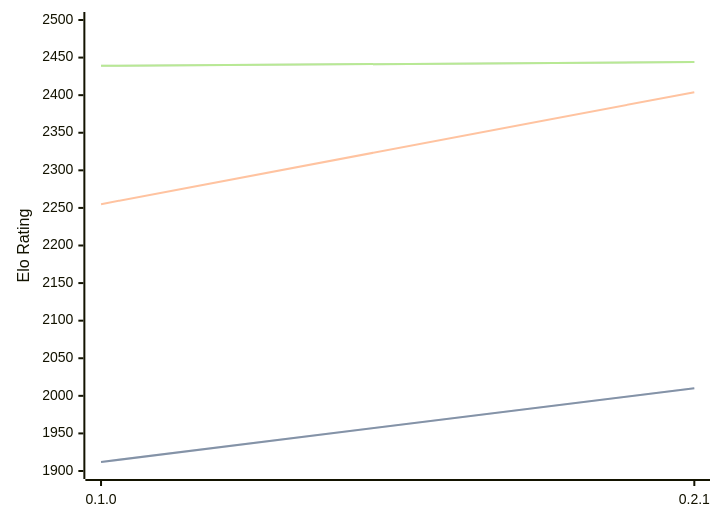
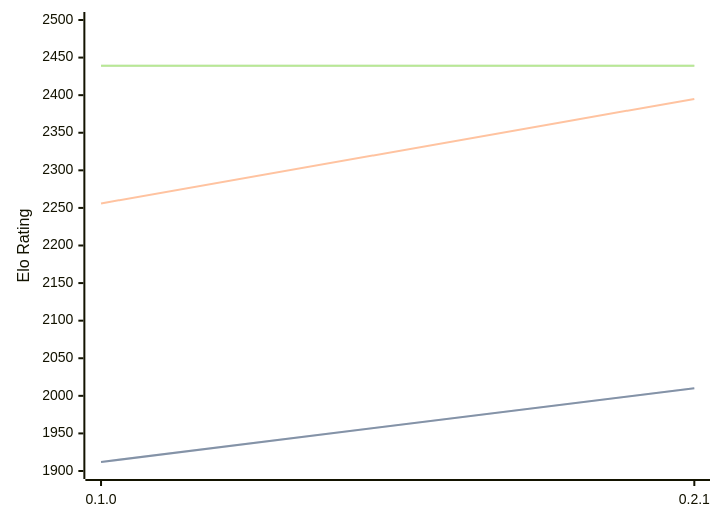
The diagram in engines/Sykora.md (computer-chess-index/cci), drawn with Mermaid before and after one commit. The commit also changed other lines of this file, not shown here.

Commit message:
Update CCI Ratings (ELO VLTC) - 2026-03-28

````diff
--- a/engines/Sykora.md
+++ b/engines/Sykora.md
@@ -33,11 +33,11 @@
 ```mermaid
 %%{init: {"theme":"base","themeVariables":{"seriesColors:['#a3a3a3','#222221','#faa371']}}}%%
 xychart-beta
   x-axis ["0.1.0", "0.2.1"]
   y-axis "Elo Rating" 1900 --> 2500
   line "STC (8.0+0.08s)" [1912, 2010]
   line "STC (8.0+0.08s)" [1912, 2010]
-  line "LTC (60.0+0.60s)" [2255, 2404]
-  line "VLTC (2m24s+1.12s)" [2439, 2444]
-  line "VLTC (2m24s+1.12s)" [2439, 2444]
+  line "LTC (60.0+0.60s)" [2256, 2395]
+  line "VLTC (2m24s+1.12s)" [2439, 2439]
+  line "VLTC (2m24s+1.12s)" [2439, 2439]
 ```
````
